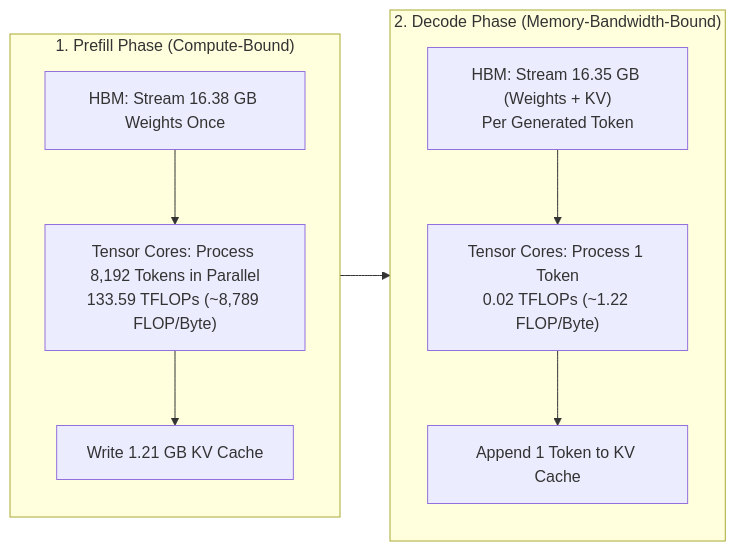
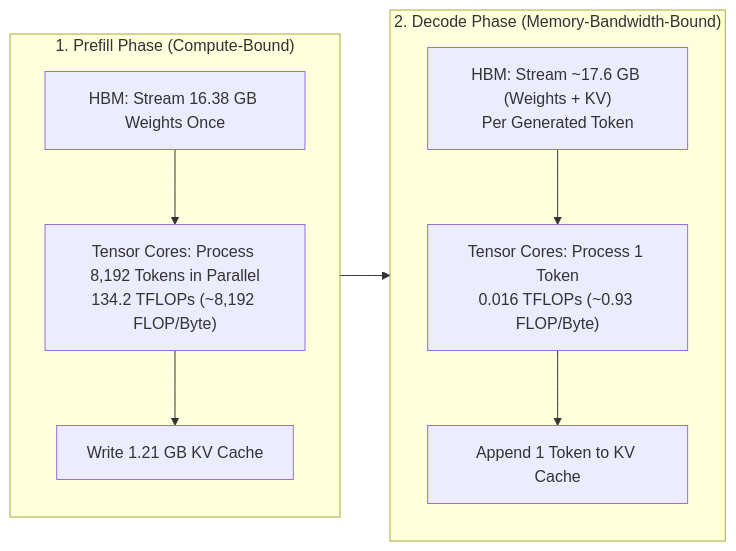
Before and after one commit to azusachino/harus-blog: the first of 2 diagrams in docs/tech/series/ai-engineering/01.inference-arithmetic-and-kv-cache.md, drawn with Mermaid. The commit also changed other lines of this file and 140 other files, not shown here.

````diff
--- a/docs/tech/series/ai-engineering/01.inference-arithmetic-and-kv-cache.md
+++ b/docs/tech/series/ai-engineering/01.inference-arithmetic-and-kv-cache.md
@@ -43,14 +44,14 @@
 ```mermaid
 flowchart LR
     subgraph Prefill["1. Prefill Phase (Compute-Bound)"]
-        P_HBM["HBM: Stream 16.38 GB Weights Once"] --> P_TC["Tensor Cores: Process 8,192 Tokens in Parallel<br/>133.59 TFLOPs (~8,789 FLOP/Byte)"]
+        P_HBM["HBM: Stream 16.38 GB Weights Once"] --> P_TC["Tensor Cores: Process 8,192 Tokens in Parallel<br/>134.2 TFLOPs (~8,192 FLOP/Byte)"]
         P_TC --> P_KV["Write 1.21 GB KV Cache"]
     end
 
     subgraph Decode["2. Decode Phase (Memory-Bandwidth-Bound)"]
-        D_HBM["HBM: Stream 16.35 GB (Weights + KV)<br/>Per Generated Token"] --> D_TC["Tensor Cores: Process 1 Token<br/>0.02 TFLOPs (~1.22 FLOP/Byte)"]
+        D_HBM["HBM: Stream ~17.6 GB (Weights + KV)<br/>Per Generated Token"] --> D_TC["Tensor Cores: Process 1 Token<br/>0.016 TFLOPs (~0.93 FLOP/Byte)"]
         D_TC --> D_NEXT["Append 1 Token to KV Cache"]
     end
 
     Prefill --> Decode
 ```
````
